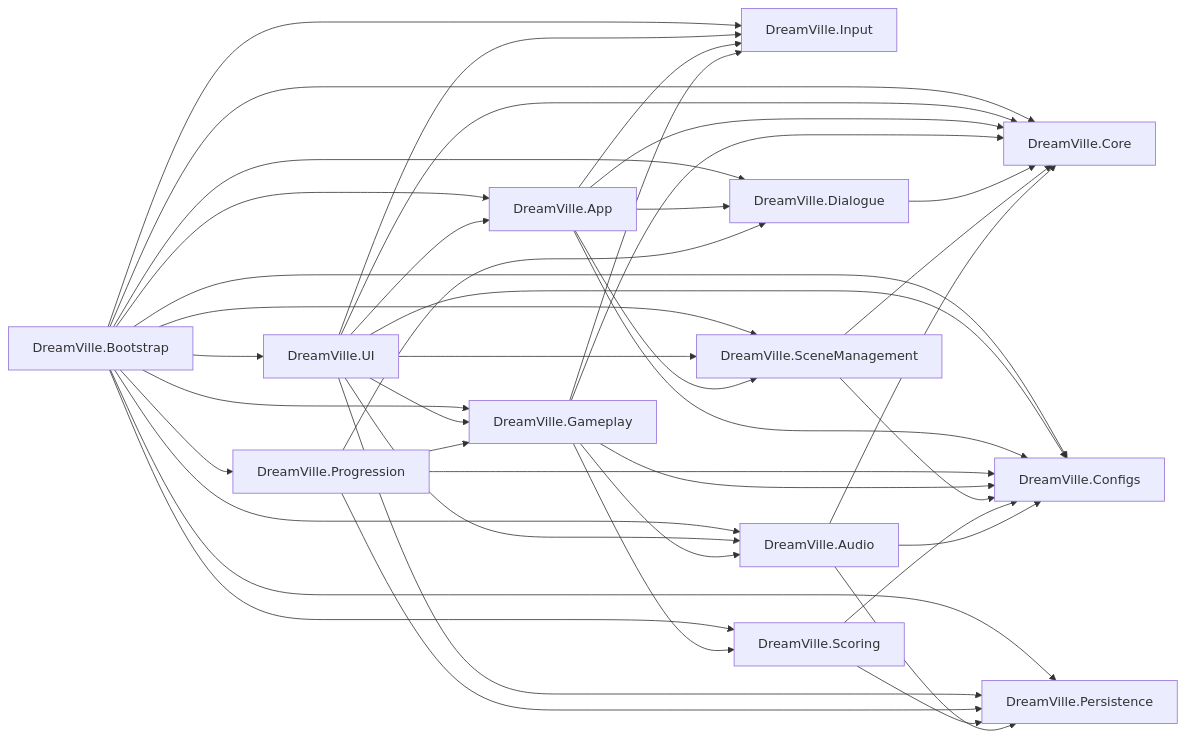
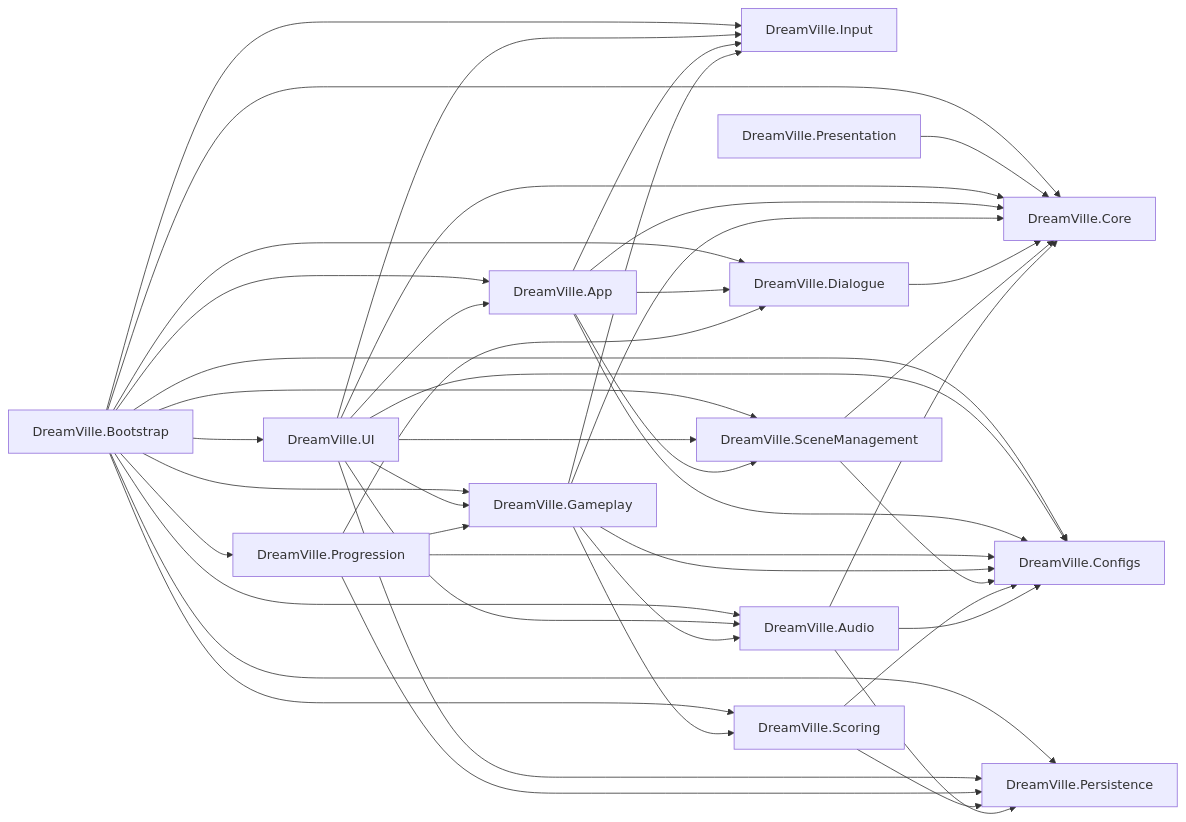
One commit to ruslanguba/DreamVille changed the diagram in Docs/adr/0002-assembly-layering.md. Above: the diagram before and after it, drawn with Mermaid. The commit also changed other lines of this file and 2 other files, not shown here.

Commit message:
docs: player composition, Presentation assembly, Unity 6.3 and 189 tests

````diff
--- a/Docs/adr/0002-assembly-layering.md
+++ b/Docs/adr/0002-assembly-layering.md
@@ -14,59 +14,61 @@
 ```mermaid
 graph LR
     Configs[DreamVille.Configs]
     Core[DreamVille.Core]
     Input[DreamVille.Input]
     Persistence[DreamVille.Persistence]
     Audio[DreamVille.Audio]
     Scoring[DreamVille.Scoring]
     SceneManagement[DreamVille.SceneManagement]
     Dialogue[DreamVille.Dialogue]
     Gameplay[DreamVille.Gameplay]
     Progression[DreamVille.Progression]
     App[DreamVille.App]
     UI[DreamVille.UI]
+    Presentation[DreamVille.Presentation]
     Bootstrap[DreamVille.Bootstrap]
 
     Audio --> Configs
     Audio --> Core
     Audio --> Persistence
     Scoring --> Configs
     Scoring --> Persistence
     SceneManagement --> Core
     SceneManagement --> Configs
     Dialogue --> Core
     Gameplay --> Audio
     Gameplay --> Configs
     Gameplay --> Core
     Gameplay --> Input
     Gameplay --> Scoring
     Progression --> Configs
     Progression --> Dialogue
     Progression --> Gameplay
     Progression --> Persistence
     App --> Configs
     App --> Core
     App --> Dialogue
     App --> Input
     App --> SceneManagement
     UI --> App
     UI --> Audio
     UI --> Configs
     UI --> Core
     UI --> Gameplay
     UI --> Input
     UI --> Persistence
     UI --> SceneManagement
+    Presentation --> Core
     Bootstrap --> App
     Bootstrap --> Audio
     Bootstrap --> Configs
     Bootstrap --> Core
     Bootstrap --> Dialogue
     Bootstrap --> Gameplay
     Bootstrap --> Input
     Bootstrap --> Persistence
     Bootstrap --> Progression
     Bootstrap --> SceneManagement
     Bootstrap --> Scoring
     Bootstrap --> UI
 ```
````
